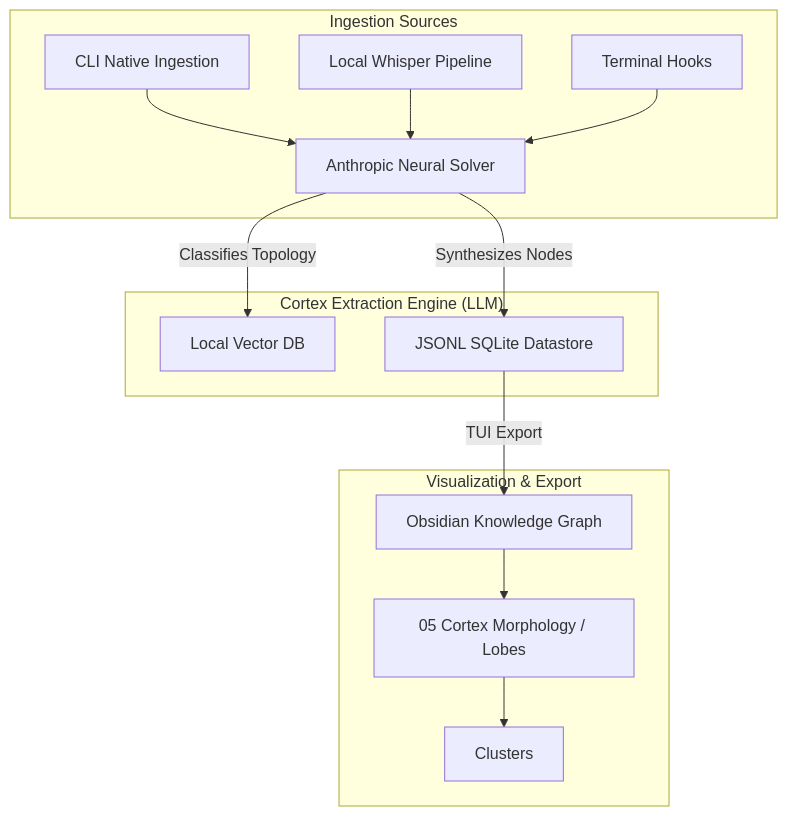
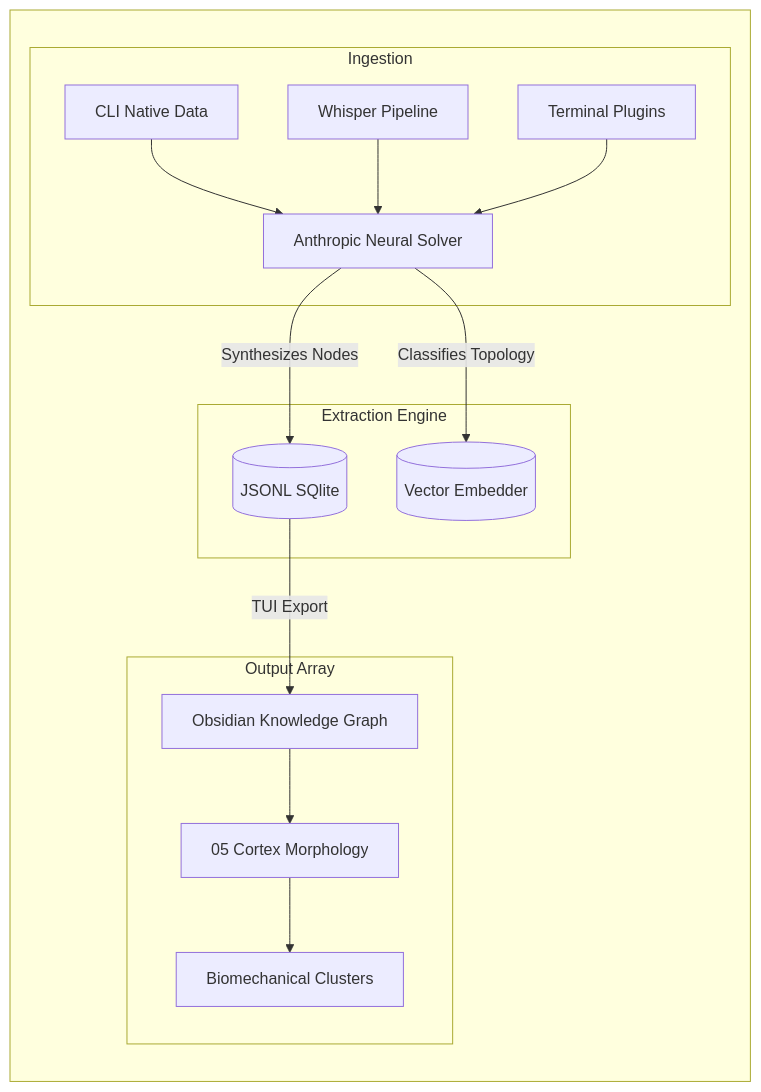
The diagram in README.md (robertogogoni/cortex-claude), drawn with Mermaid before and after one commit. The commit also changed other lines of this file, not shown here.

````diff
--- a/README.md
+++ b/README.md
@@ -26,19 +43,22 @@
 ```mermaid
 graph TB
-    subgraph "Ingestion Sources"
-        Terminal[CLI Native Ingestion] --> Engine
-        Audio[Local Whisper Pipeline] --> Engine
-        Hooks[Terminal Hooks] --> Engine
-    end
+    subgraph " "
+        direction TB
+        subgraph Ingestion
+            Terminal[CLI Native Data] --> Engine
+            Audio[Whisper Pipeline] --> Engine
+            Hooks[Terminal Plugins] --> Engine
+        end
 
-    subgraph "Cortex Extraction Engine (LLM)"
-        Engine[Anthropic Neural Solver] -->|Classifies Topology| Vector[Local Vector DB]
-        Engine -->|Synthesizes Nodes| DB[JSONL SQLite Datastore]
-    end
+        subgraph Extraction Engine
+            Engine[Anthropic Neural Solver] -->|Synthesizes Nodes| DB[(JSONL SQlite)]
+            Engine -->|Classifies Topology| Vector[(Vector Embedder)]
+        end
 
-    subgraph "Visualization & Export"
-        DB -->|TUI Export| Vault[Obsidian Knowledge Graph]
-        Vault --> L1[05 Cortex Morphology / Lobes]
-        L1 --> L2[Clusters]
+        subgraph Output Array
+            DB -->|TUI Export| Vault[Obsidian Knowledge Graph]
+            Vault --> L1[05 Cortex Morphology]
+            L1 --> L2[Biomechanical Clusters]
+        end
     end
 ```
````
